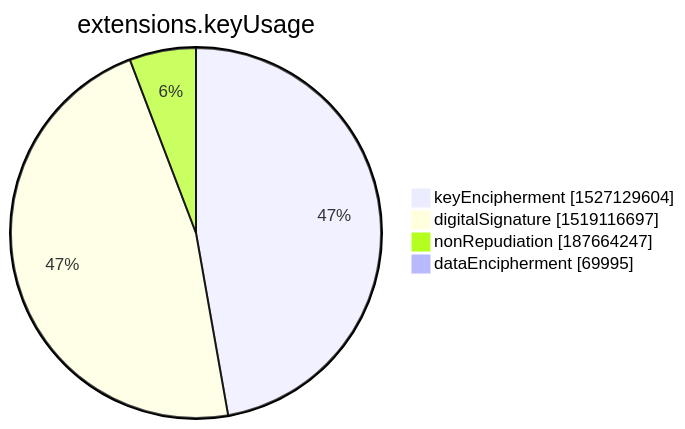
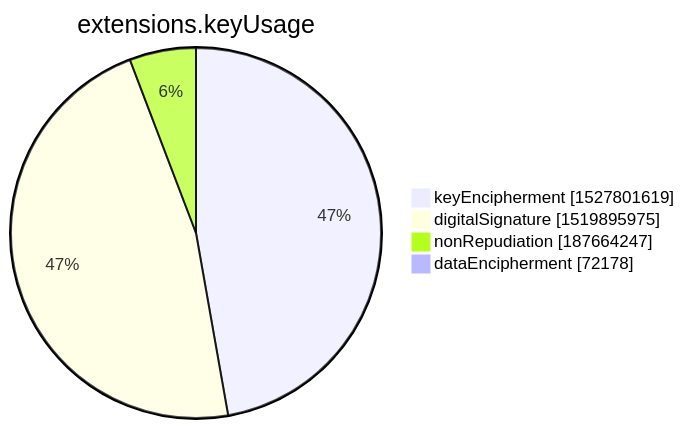
One commit to christiankrug/ctmonitor_visualization changed the seventh of 15 diagrams in xenon2022/README.md. Above: the diagram before and after it, drawn with Mermaid. The commit also changed other lines of this file, not shown here.

````diff
--- a/xenon2022/README.md
+++ b/xenon2022/README.md
@@ -2848,8 +2849,8 @@
 ```mermaid
 pie showData
 title extensions.keyUsage
-"keyEncipherment" :1527129604
-"digitalSignature" :1519116697
+"keyEncipherment" :1527801619
+"digitalSignature" :1519895975
 "nonRepudiation" :187664247
-"dataEncipherment" :69995
+"dataEncipherment" :72178
 ```
````
